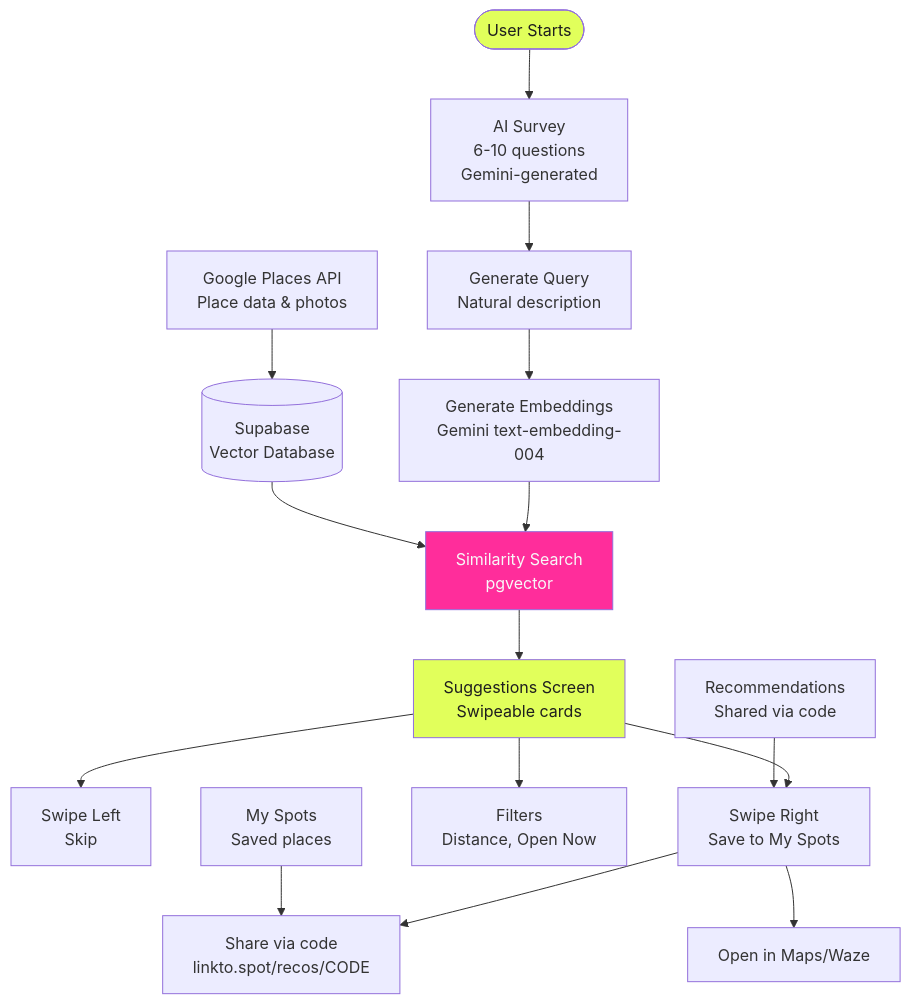
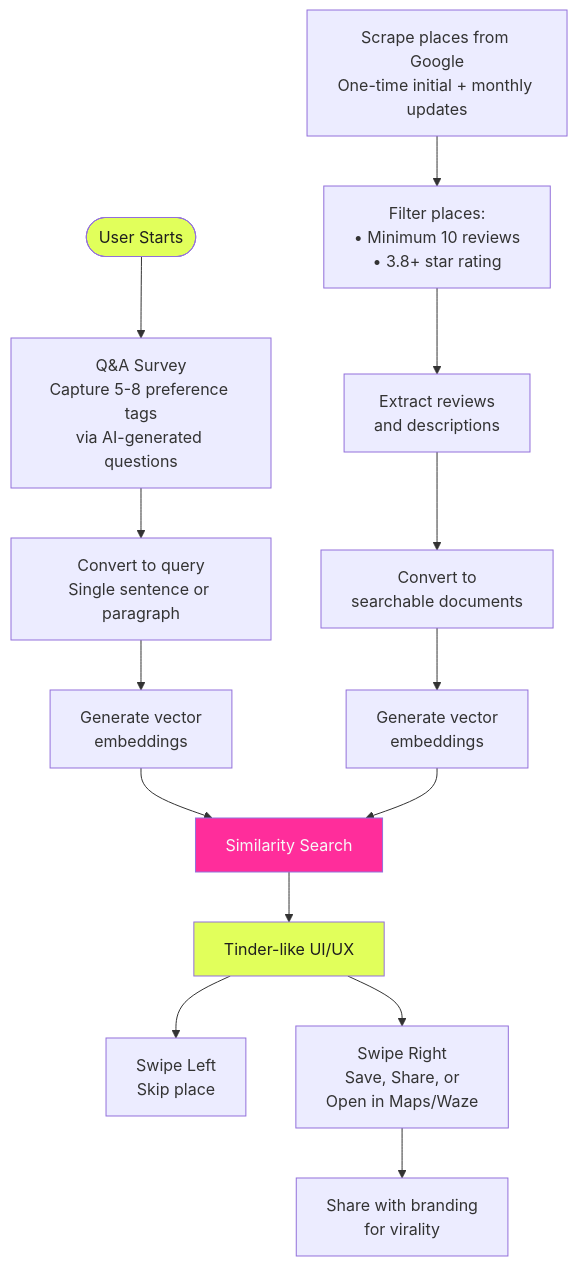
The diagram in README.md (carlxrosales/spot), drawn with Mermaid before and after one commit.

````diff
--- a/README.md
+++ b/README.md
@@ -13,24 +13,24 @@
 ```mermaid
 flowchart TD
-    Start([User Starts]) --> Survey[AI Survey<br/>6-10 questions<br/>Gemini-generated]
-    Survey --> Query[Generate Query<br/>Natural description]
-    Query --> Embedding[Generate Embeddings<br/>Gemini text-embedding-004]
+    Start([User Starts]) --> Q&A[Q&A Survey<br/>Capture 5-8 preference tags<br/>via AI-generated questions]
 
-    Places[Google Places API<br/>Place data & photos] --> DB[(Supabase<br/>Vector Database)]
-    Embedding --> Similarity[Similarity Search<br/>pgvector]
-    DB --> Similarity
+    Q&A --> ConvertQuery[Convert to query<br/>Single sentence or paragraph]
+    ConvertQuery --> UserVectors[Generate vector<br/>embeddings]
 
-    Similarity --> Suggestions[Suggestions Screen<br/>Swipeable cards]
-    Suggestions --> SwipeLeft[Swipe Left<br/>Skip]
-    Suggestions --> SwipeRight[Swipe Right<br/>Save to My Spots]
-    SwipeRight --> Share[Share via code<br/>linkto.spot/recos/CODE]
-    SwipeRight --> Maps[Open in Maps/Waze]
+    Scrape[Scrape places from Google<br/>One-time initial + monthly updates] --> Filter[Filter places:<br/>• Minimum 10 reviews<br/>• 3.8+ star rating]
+    Filter --> GetReviews[Extract reviews<br/>and descriptions]
+    GetReviews --> ConvertDocs[Convert to<br/>searchable documents]
+    ConvertDocs --> PlaceVectors[Generate vector<br/>embeddings]
 
-    Suggestions --> Filters[Filters<br/>Distance, Open Now]
-    MySpots[My Spots<br/>Saved places] --> Share
-    Recommendations[Recommendations<br/>Shared via code] --> SwipeRight
+    UserVectors --> Similarity[Similarity Search]
+    PlaceVectors --> Similarity
+
+    Similarity --> UI[Tinder-like UI/UX]
+    UI --> SwipeLeft[Swipe Left<br/>Skip place]
+    UI --> SwipeRight[Swipe Right<br/>Save, Share, or<br/>Open in Maps/Waze]
+    SwipeRight --> Share[Share with branding<br/>for virality]
 
     style Start fill:#e1ff5b,color:#1e1e1e
     style Similarity fill:#ff2d9b,color:#f8f8f8
-    style Suggestions fill:#e1ff5b,color:#1e1e1e
+    style UI fill:#e1ff5b,color:#1e1e1e
 ```
````
